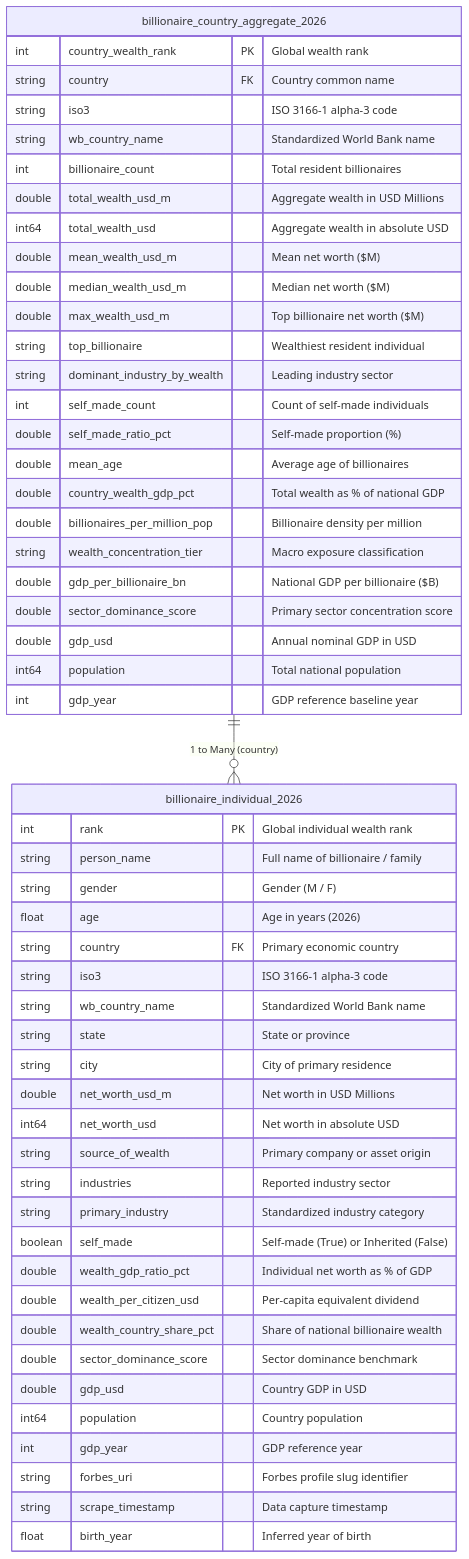
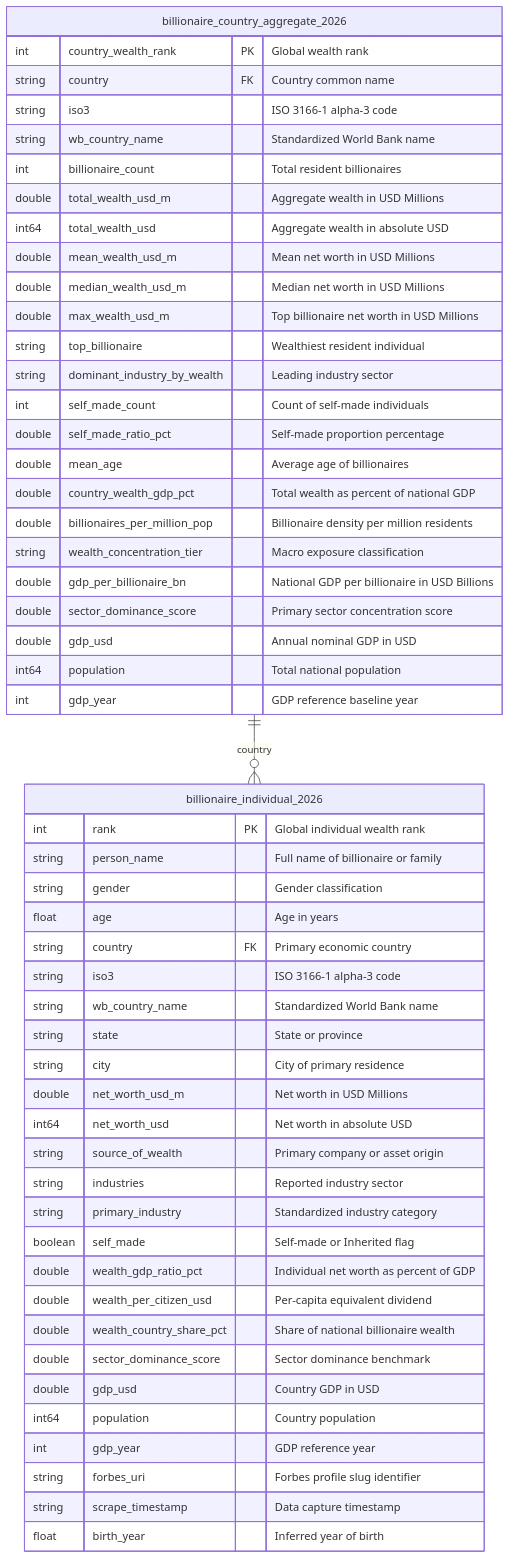
One commit to Sohila-Khaled-Abbas/Global-Billionaire-Wealth-2026 changed the second of 4 diagrams in README.md. Above: the diagram before and after it, drawn with Mermaid. The commit also changed other lines of this file, not shown here.

Commit message:
docs: update mermaid diagrams and entity descriptions in README

````diff
--- a/README.md
+++ b/README.md
@@ -147,58 +155,58 @@
 ```mermaid
 erDiagram
-    billionaire_country_aggregate_2026 ||--o{ billionaire_individual_2026 : "1 to Many (country)"
+    billionaire_country_aggregate_2026 ||--o{ billionaire_individual_2026 : "country"
 
     billionaire_country_aggregate_2026 {
         int country_wealth_rank PK "Global wealth rank"
         string country FK "Country common name"
         string iso3 "ISO 3166-1 alpha-3 code"
         string wb_country_name "Standardized World Bank name"
         int billionaire_count "Total resident billionaires"
         double total_wealth_usd_m "Aggregate wealth in USD Millions"
         int64 total_wealth_usd "Aggregate wealth in absolute USD"
-        double mean_wealth_usd_m "Mean net worth ($M)"
-        double median_wealth_usd_m "Median net worth ($M)"
-        double max_wealth_usd_m "Top billionaire net worth ($M)"
+        double mean_wealth_usd_m "Mean net worth in USD Millions"
+        double median_wealth_usd_m "Median net worth in USD Millions"
+        double max_wealth_usd_m "Top billionaire net worth in USD Millions"
         string top_billionaire "Wealthiest resident individual"
         string dominant_industry_by_wealth "Leading industry sector"
         int self_made_count "Count of self-made individuals"
-        double self_made_ratio_pct "Self-made proportion (%)"
+        double self_made_ratio_pct "Self-made proportion percentage"
         double mean_age "Average age of billionaires"
-        double country_wealth_gdp_pct "Total wealth as % of national GDP"
-        double billionaires_per_million_pop "Billionaire density per million"
+        double country_wealth_gdp_pct "Total wealth as percent of national GDP"
+        double billionaires_per_million_pop "Billionaire density per million residents"
         string wealth_concentration_tier "Macro exposure classification"
-        double gdp_per_billionaire_bn "National GDP per billionaire ($B)"
+        double gdp_per_billionaire_bn "National GDP per billionaire in USD Billions"
         double sector_dominance_score "Primary sector concentration score"
         double gdp_usd "Annual nominal GDP in USD"
         int64 population "Total national population"
         int gdp_year "GDP reference baseline year"
     }
 
     billionaire_individual_2026 {
         int rank PK "Global individual wealth rank"
-        string person_name "Full name of billionaire / family"
-        string gender "Gender (M / F)"
-        float age "Age in years (2026)"
+        string person_name "Full name of billionaire or family"
+        string gender "Gender classification"
+        float age "Age in years"
         string country FK "Primary economic country"
         string iso3 "ISO 3166-1 alpha-3 code"
         string wb_country_name "Standardized World Bank name"
         string state "State or province"
         string city "City of primary residence"
         double net_worth_usd_m "Net worth in USD Millions"
         int64 net_worth_usd "Net worth in absolute USD"
         string source_of_wealth "Primary company or asset origin"
         string industries "Reported industry sector"
         string primary_industry "Standardized industry category"
-        boolean self_made "Self-made (True) or Inherited (False)"
-        double wealth_gdp_ratio_pct "Individual net worth as % of GDP"
+        boolean self_made "Self-made or Inherited flag"
+        double wealth_gdp_ratio_pct "Individual net worth as percent of GDP"
         double wealth_per_citizen_usd "Per-capita equivalent dividend"
         double wealth_country_share_pct "Share of national billionaire wealth"
         double sector_dominance_score "Sector dominance benchmark"
         double gdp_usd "Country GDP in USD"
         int64 population "Country population"
         int gdp_year "GDP reference year"
         string forbes_uri "Forbes profile slug identifier"
         string scrape_timestamp "Data capture timestamp"
         float birth_year "Inferred year of birth"
     }
 ```
````
